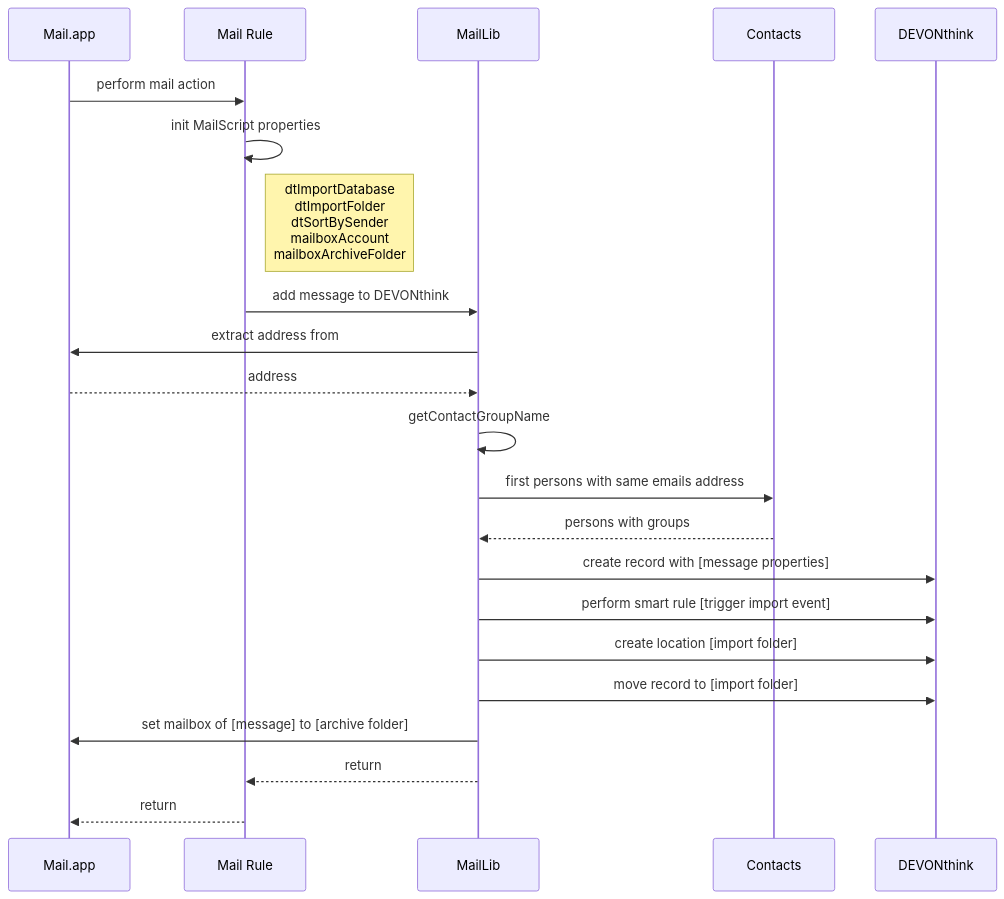
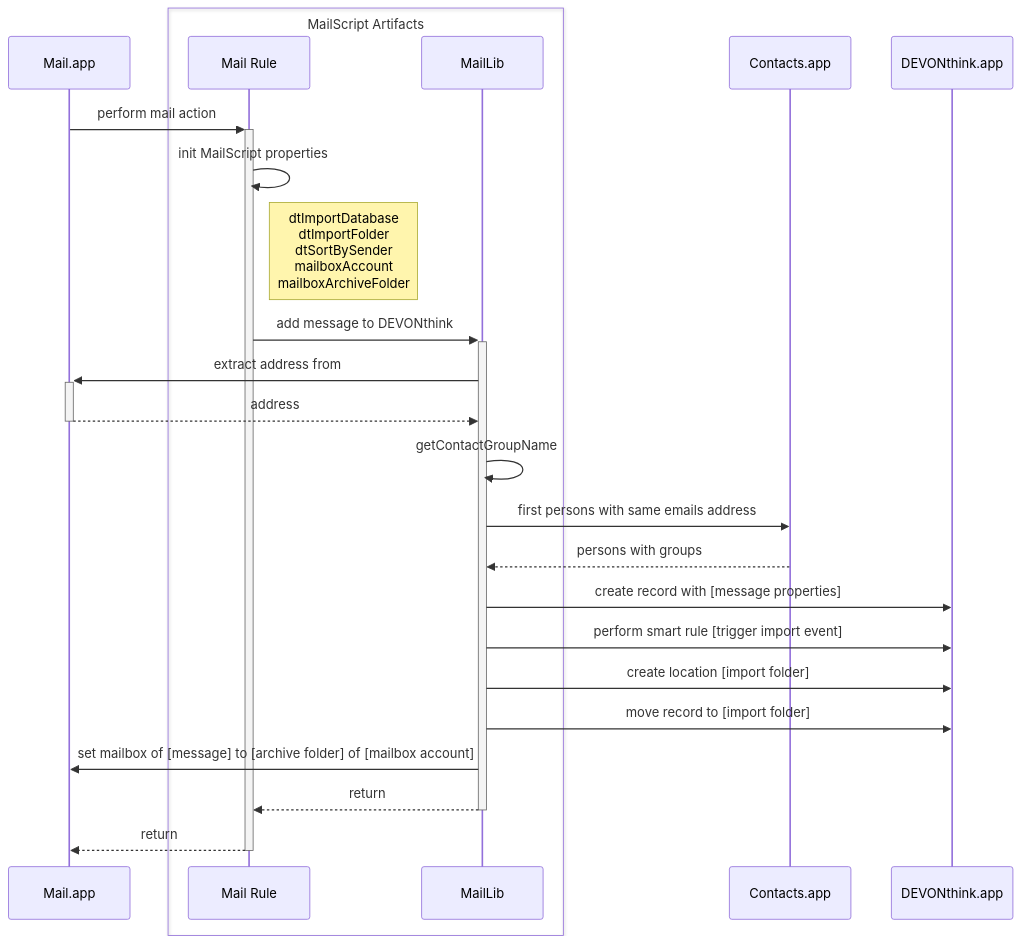
The diagram in Docs/import-email-doc.md (s17n/MailScripts), drawn with Mermaid before and after one commit. The commit also changed other lines of this file, not shown here.

Commit message:
Some tests

````diff
--- a/Docs/import-email-doc.md
+++ b/Docs/import-email-doc.md
@@ -7,22 +18,28 @@
 ```mermaid 
-
 sequenceDiagram
-    Mail.app->>Mail Rule: perform mail action
-	Mail Rule->>Mail Rule: init MailScript properties
-	Note right of Mail Rule: dtImportDatabase <br/> dtImportFolder <br/> dtSortBySender <br/> mailboxAccount <br/> mailboxArchiveFolder
-	Mail Rule->>MailLib: add message to DEVONthink
-	MailLib->>Mail.app: extract address from
-	Mail.app-->>MailLib: address
-	MailLib->>MailLib: getContactGroupName
-	MailLib->>Contacts: first persons with same emails address
-	Contacts-->>MailLib: persons with groups
-	MailLib->>DEVONthink: create record with [message properties]
-	MailLib->>DEVONthink: perform smart rule [trigger import event]
-	MailLib->>DEVONthink: create location [import folder]
-	MailLib->>DEVONthink: move record to [import folder]
-	MailLib->>Mail.app: set mailbox of [message] to [archive folder]
+	participant M as Mail.app
+	box MailScript Artifacts
+	    participant MR as Mail Rule
+    		participant ML as MailLib 
+	end
+	participant C as Contacts.app
+    participant D as DEVONthink.app
 	
-	MailLib-->>Mail Rule: return
-	Mail Rule-->>Mail.app: return
+	M->>+MR: perform mail action
+	MR->>MR: init MailScript properties
+	Note right of MR: dtImportDatabase <br/> dtImportFolder <br/> dtSortBySender <br/> mailboxAccount <br/> mailboxArchiveFolder
+	MR->>+ML: add message to DEVONthink
+	ML->>+M: extract address from
+	M-->>-ML: address
+	ML->>ML: getContactGroupName
+	ML->>C: first persons with same emails address
+	C-->>ML: persons with groups
+	ML->>D: create record with [message properties]
+	ML->>D: perform smart rule [trigger import event]
+	ML->>D: create location [import folder]
+	ML->>D: move record to [import folder]
+	ML->>M: set mailbox of [message] to [archive folder] of [mailbox account]
+	ML-->>-MR: return
+	MR-->>-M: return
 	
 ```
````
